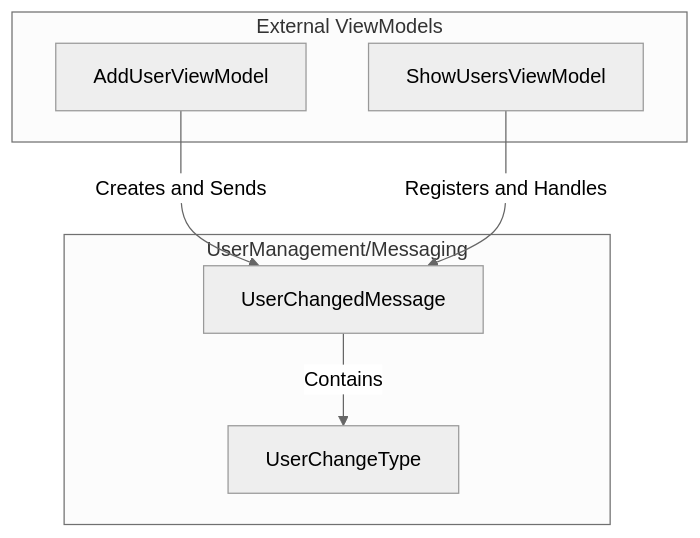
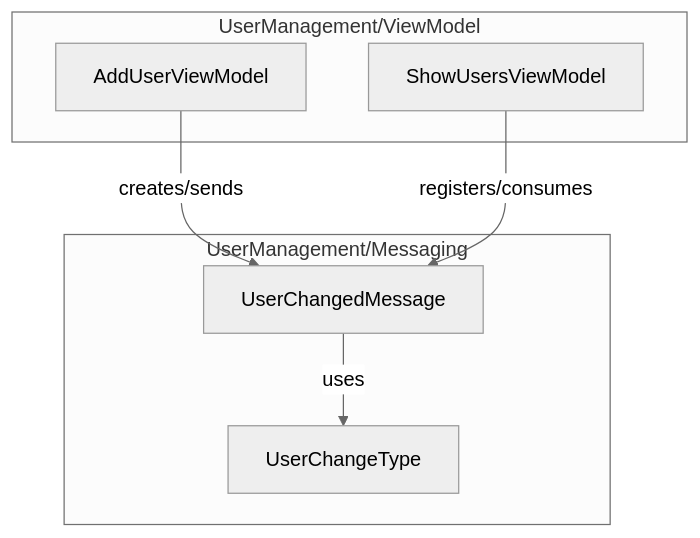
One commit to wetzlmaier-scch/mvvm changed the diagram in doc/UserManagement/Messaging.md. Above: the diagram before and after it, drawn with Mermaid (neutral theme). The commit also changed other lines of this file and 132 other files, not shown here.

````diff
--- a/doc/UserManagement/Messaging.md
+++ b/doc/UserManagement/Messaging.md
@@ -22,16 +16,16 @@
 ```mermaid
 flowchart TD
     subgraph "UserManagement/Messaging"
-        M[UserChangedMessage]
-        T[UserChangeType]
+        UCT[UserChangeType]
+        UCM[UserChangedMessage]
+    end
+    
+    subgraph "UserManagement/ViewModel"
+        AUVM[AddUserViewModel]
+        SUVM[ShowUsersViewModel]
     end
 
-    subgraph "External ViewModels"
-        Sender[AddUserViewModel]
-        Receiver[ShowUsersViewModel]
-    end
-
-    Sender -->|Creates and Sends| M
-    Receiver -->|Registers and Handles| M
-    M -->|Contains| T
+    UCM -->|uses| UCT
+    AUVM -->|creates/sends| UCM
+    SUVM -->|registers/consumes| UCM
 ```
````
